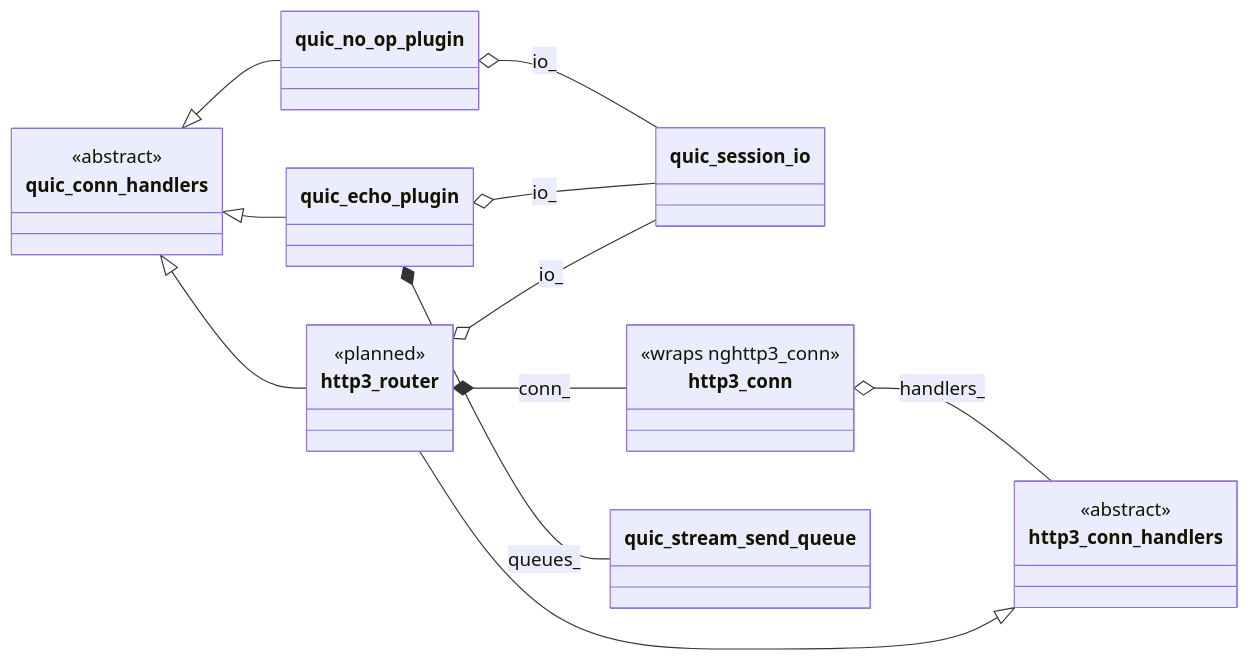
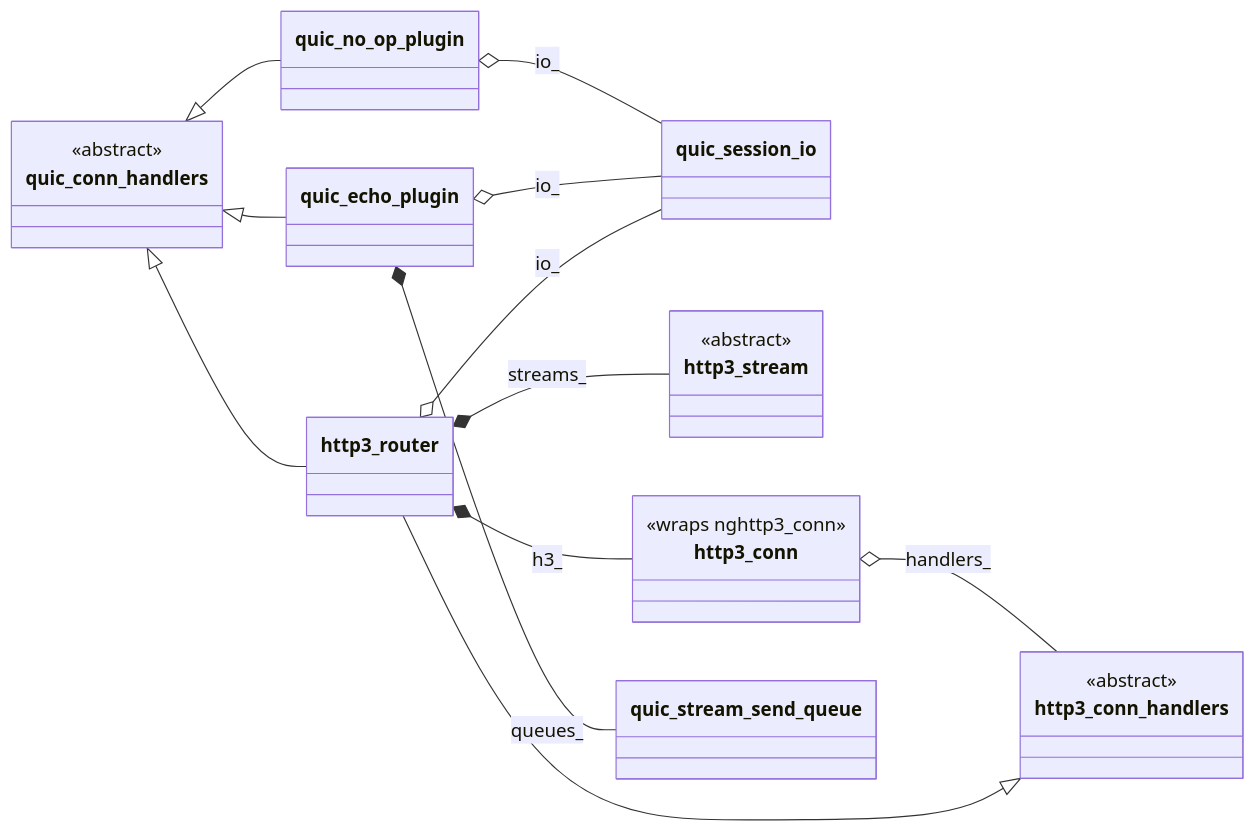
The second of 3 diagrams in corvid/proto/quic/classes.md (stevensudit/Corvid), drawn with Mermaid before and after one commit. The commit also changed other lines of this file and 1 other file, not shown here.

````diff
--- a/corvid/proto/quic/classes.md
+++ b/corvid/proto/quic/classes.md
@@ -90,33 +93,35 @@
 ```mermaid
 classDiagram
     direction LR
 
     class quic_conn_handlers {
         <<abstract>>
     }
     class http3_conn_handlers {
         <<abstract>>
     }
     class quic_session_io
     class quic_no_op_plugin
     class quic_echo_plugin
-    class http3_router {
-        <<planned>>
+    class http3_router
+    class http3_stream {
+        <<abstract>>
     }
     class http3_conn {
         <<wraps nghttp3_conn>>
     }
     class quic_stream_send_queue
 
     quic_conn_handlers <|-- quic_no_op_plugin
     quic_conn_handlers <|-- quic_echo_plugin
     quic_conn_handlers <|-- http3_router
     http3_conn_handlers <|-- http3_router
 
-    http3_router *-- http3_conn : conn_
+    http3_router *-- http3_conn : h3_
+    http3_router *-- http3_stream : streams_
     http3_conn o-- http3_conn_handlers : handlers_
     quic_echo_plugin *-- quic_stream_send_queue : queues_
     quic_no_op_plugin o-- quic_session_io : io_
     quic_echo_plugin o-- quic_session_io : io_
     http3_router o-- quic_session_io : io_
 ```
````
